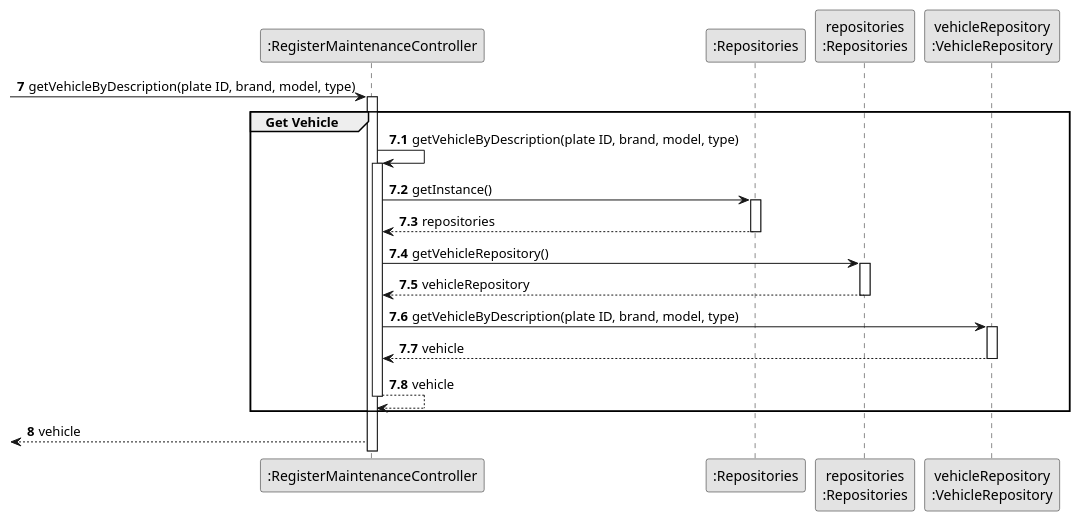
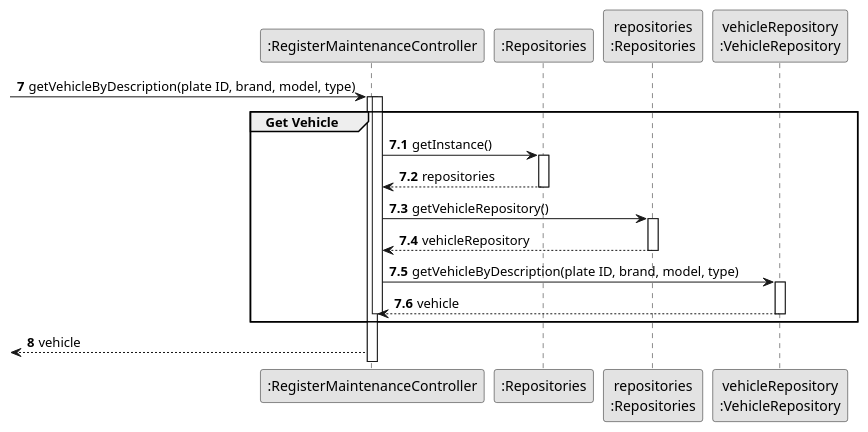
Before and after one commit to tiagosoa/lei-24-s2-1dgh-g073: the diagram in docs/sprint2/us007/03.design/puml/us007-sequence-diagram-partial-get-vehicle.puml, drawn with PlantUML. The commit also changed 14 other files, not shown here.

```diff
--- a/docs/sprint2/us007/03.design/puml/us007-sequence-diagram-partial-get-vehicle.puml
+++ b/docs/sprint2/us007/03.design/puml/us007-sequence-diagram-partial-get-vehicle.puml
@@ -1,55 +1,53 @@
 @startuml
 skinparam monochrome true
 skinparam packageStyle rectangle
 skinparam shadowing false
 
 autonumber
 
 'hide footbox
 
 participant ":RegisterMaintenanceController" as RMC
 participant ":Repositories" as RepositorySingleton
 participant ":Repositories" as RepositorySingleton
 participant "repositories\n:Repositories" as PLAT
 participant "vehicleRepository\n:VehicleRepository" as VR
 autonumber 7
 
  -> RMC : getVehicleByDescription(plate ID, brand, model, type)
 
 autonumber 7.1
 activate RMC
     group Get Vehicle
 
 
 
-        RMC -> RMC : getVehicleByDescription(plate ID, brand, model, type)
         activate RMC
 
            RMC -> RepositorySingleton : getInstance()
            activate RepositorySingleton
 
                RepositorySingleton --> RMC: repositories
            deactivate RepositorySingleton
 
                RMC -> PLAT : getVehicleRepository()
            activate PLAT
 
                PLAT --> RMC : vehicleRepository
            deactivate PLAT
 
                RMC -> VR : getVehicleByDescription(plate ID, brand, model, type)
            activate VR
 
                VR --> RMC : vehicle
            deactivate VR
 
-           RMC --> RMC : vehicle
         deactivate RMC
     end
     autonumber 8
     <-- RMC  : vehicle
 deactivate PLAT
 
 
 
 @enduml
```
